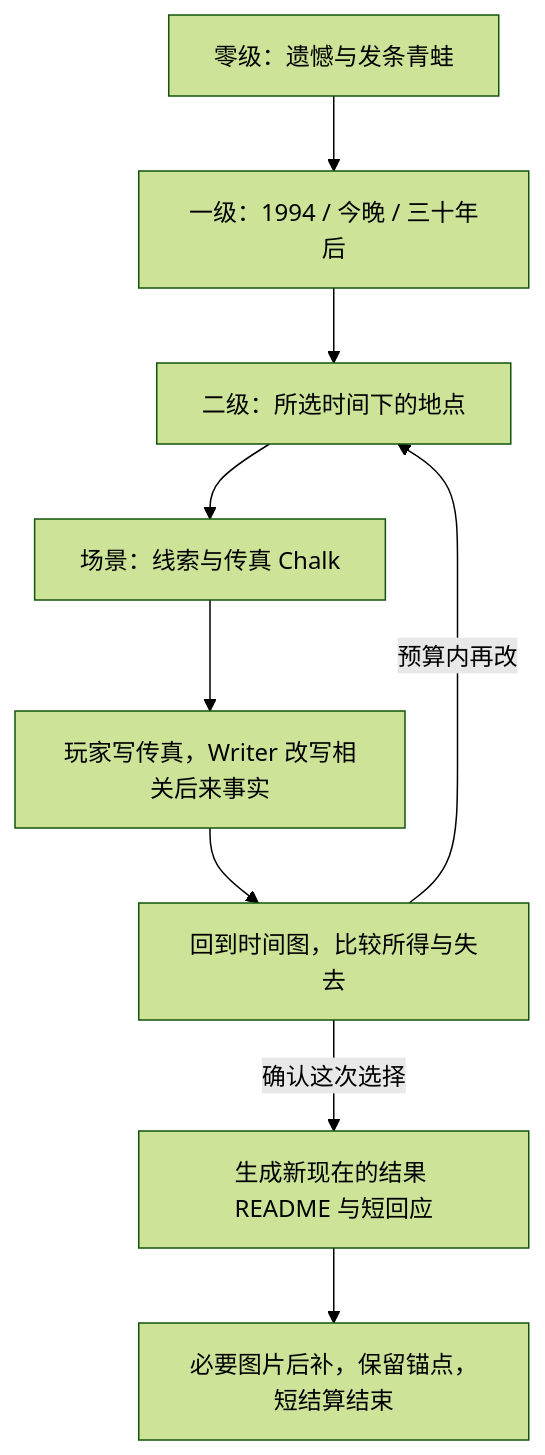
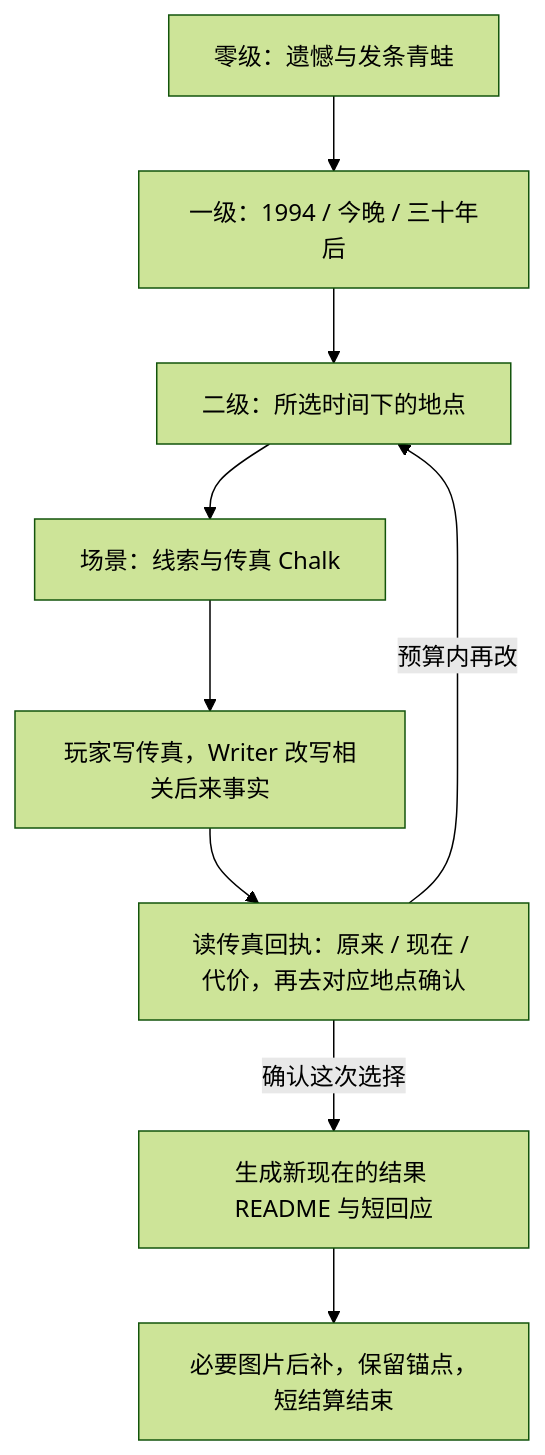
Before and after one commit to LudicDynamics/hackathon: the diagram in docs/时间线短闭环与AI生长验收.md, drawn with Mermaid (forest theme). The commit also changed other lines of this file and 11 other files, not shown here.

````diff
--- a/docs/时间线短闭环与AI生长验收.md
+++ b/docs/时间线短闭环与AI生长验收.md
@@ -18,11 +18,11 @@
 ```mermaid
 flowchart TD
     A[零级：遗憾与发条青蛙] --> B[一级：1994 / 今晚 / 三十年后]
     B --> C[二级：所选时间下的地点]
     C --> D[场景：线索与传真 Chalk]
     D --> E[玩家写传真，Writer 改写相关后来事实]
-    E --> F[回到时间图，比较所得与失去]
+    E --> F[读传真回执：原来 / 现在 / 代价，再去对应地点确认]
     F -->|预算内再改| C
     F -->|确认这次选择| G[生成新现在的结果 README 与短回应]
     G --> H[必要图片后补，保留锚点，短结算结束]
 ```
````
